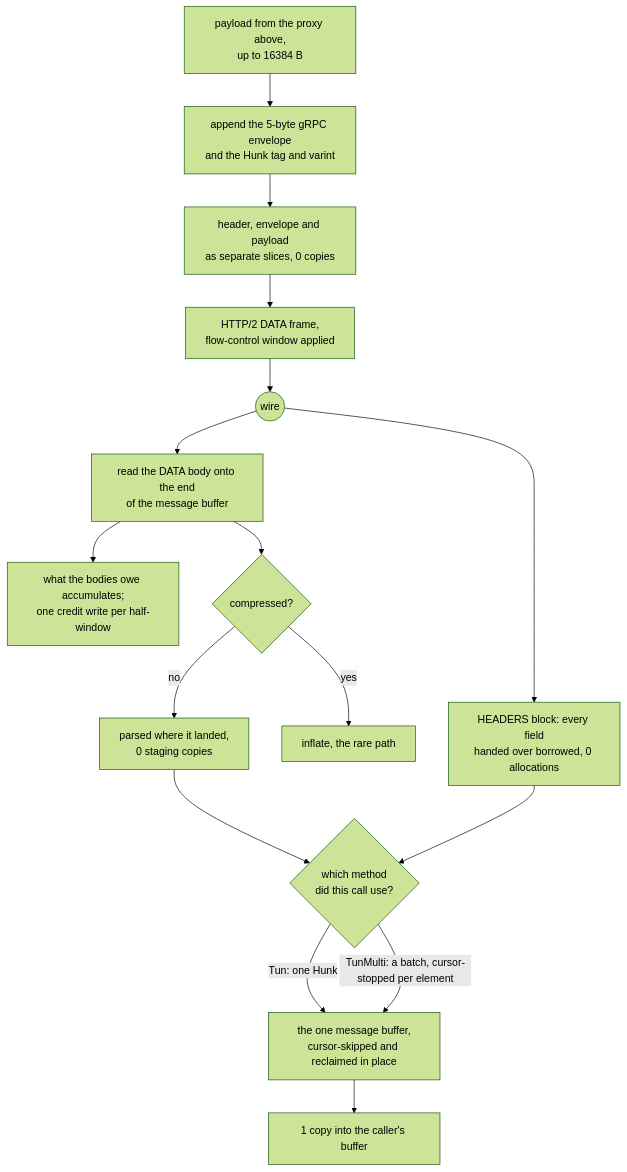
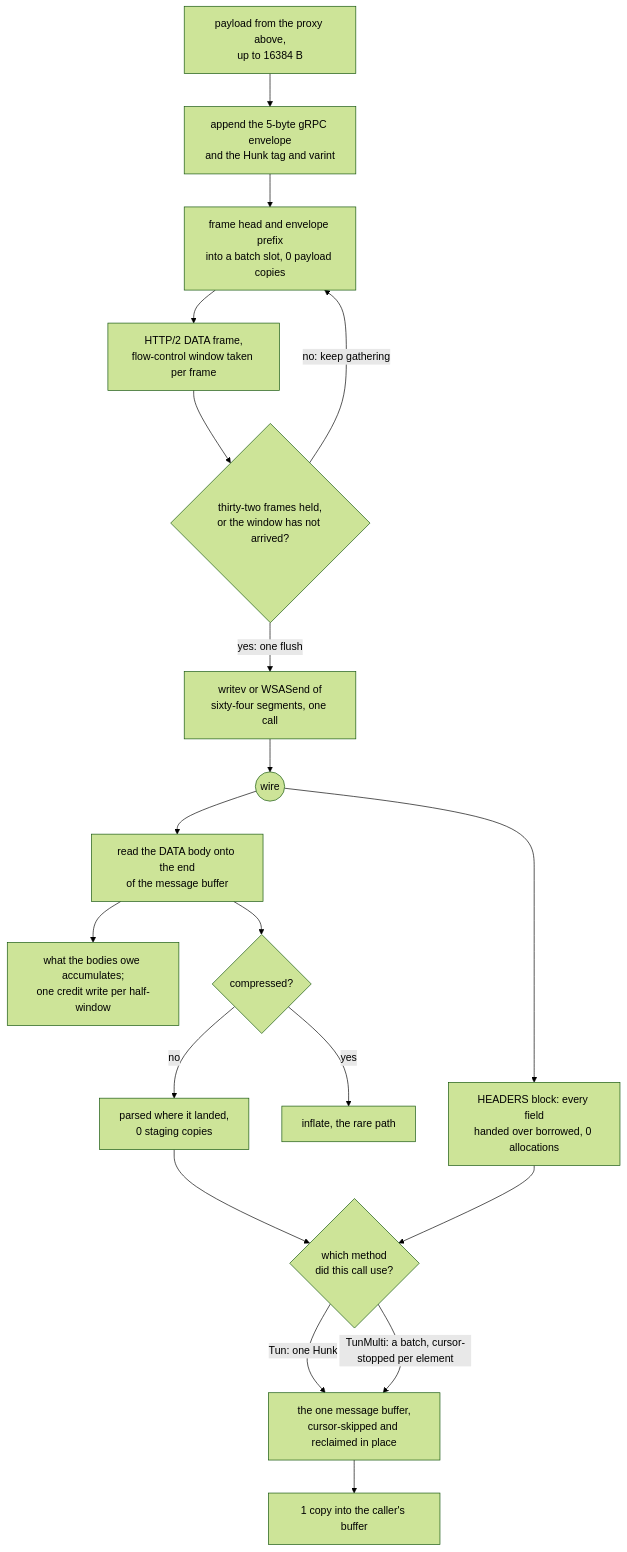
The diagram in docs/function/carrier-grpc.md (Ferrocite/ferrox), drawn with Mermaid (forest theme) before and after one commit. The commit also changed other lines of this file and 6 other files, not shown here.

````diff
--- a/docs/function/carrier-grpc.md
+++ b/docs/function/carrier-grpc.md
@@ -56,18 +65,21 @@
 ```mermaid
 graph TD
     A["payload from the proxy above,<br/>up to 16384 B"] --> B["append the 5-byte gRPC envelope<br/>and the Hunk tag and varint"]
-    B --> C["header, envelope and payload<br/>as separate slices, 0 copies"]
-    C --> D["HTTP/2 DATA frame,<br/>flow-control window applied"]
-    D --> E(("wire"))
+    B --> C["frame head and envelope prefix<br/>into a batch slot, 0 payload copies"]
+    C --> D["HTTP/2 DATA frame,<br/>flow-control window taken per frame"]
+    D --> P{"thirty-two frames held,<br/>or the window has not arrived?"}
+    P -- "no: keep gathering" --> C
+    P -- "yes: one flush" --> Q["writev or WSASend of<br/>sixty-four segments, one call"]
+    Q --> E(("wire"))
     E --> F["read the DATA body onto the end<br/>of the message buffer"]
     E --> L["HEADERS block: every field<br/>handed over borrowed, 0 allocations"]
     F --> N["what the bodies owe accumulates;<br/>one credit write per half-window"]
     F --> G{"compressed?"}
     G -- no --> H["parsed where it landed,<br/>0 staging copies"]
     G -- yes --> I["inflate, the rare path"]
     H --> M{"which method<br/>did this call use?"}
     L --> M
     M -- "Tun: one Hunk" --> J
     M -- "TunMulti: a batch, cursor-stopped per element" --> J["the one message buffer,<br/>cursor-skipped and reclaimed in place"]
     J --> K["1 copy into the caller's buffer"]
 ```
````
